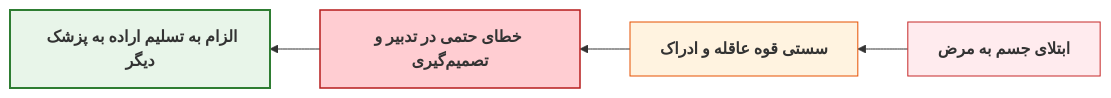
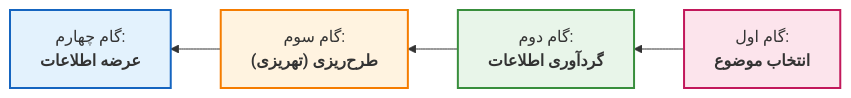
One commit to neopulse-hub/TUMS-1402-1-neo changed diagram 11 of 37 in 05/ادبیات/جامع بخش 1.md. Above: the diagram before and after it, drawn with Mermaid. The commit also changed other lines of this file, not shown here.

````diff
--- a/05/ادبیات/جامع بخش 1.md
+++ b/05/ادبیات/جامع بخش 1.md
@@ -298,12 +442,11 @@
 ```mermaid
 flowchart RL
-    Pathology["<b>ابتلای جسم به مرض</b>"]
-    --> Mind["<b>سستی قوه عاقله و ادراک</b>"]
-    --> Error["<b>خطای حتمی در تدبیر و تصمیم‌گیری</b>"]
-    --> Rule["<b>الزام به تسلیم اراده به پزشک دیگر</b>"]
+    Step1["گام اول:<br><b>انتخاب موضوع</b>"] --> Step2["گام دوم:<br><b>گردآوری اطلاعات</b>"]
+    Step2 --> Step3["گام سوم:<br><b>طرح‌ریزی (تهریزی)</b>"]
+    Step3 --> Step4["گام چهارم:<br><b>عرضه اطلاعات</b>"]
 
-    style Pathology fill:#ffebee,stroke:#c62828,stroke-width:1px;
-    style Mind fill:#fff3e0,stroke:#e65100,stroke-width:1px;
-    style Error fill:#ffcdd2,stroke:#b71c1c,stroke-width:1.5px;
-    style Rule fill:#e8f5e9,stroke:#2e7d32,stroke-width:2px;
+    style Step1 fill:#fce4ec,stroke:#c2185b,stroke-width:2px;
+    style Step2 fill:#e8f5e9,stroke:#388e3c,stroke-width:2px;
+    style Step3 fill:#fff3e0,stroke:#f57c00,stroke-width:2px;
+    style Step4 fill:#e3f2fd,stroke:#1565c0,stroke-width:2px;
 ```
````
